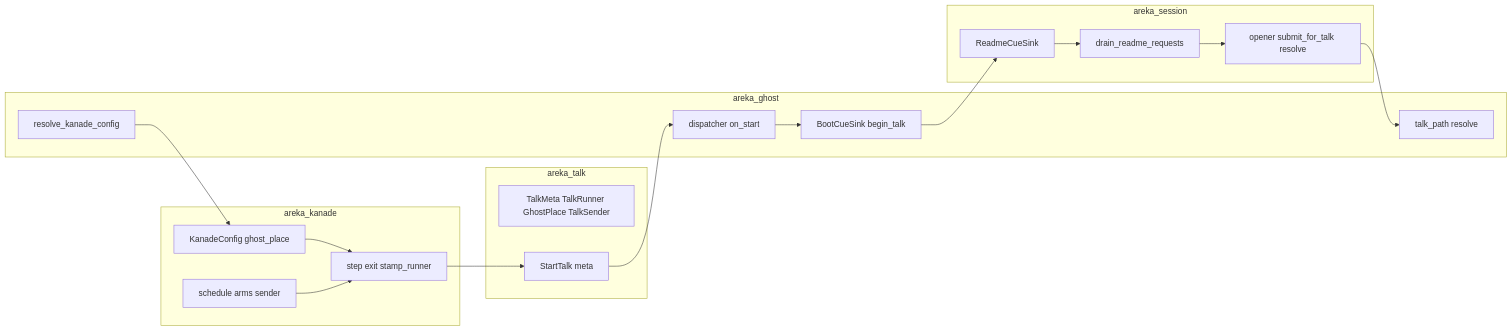
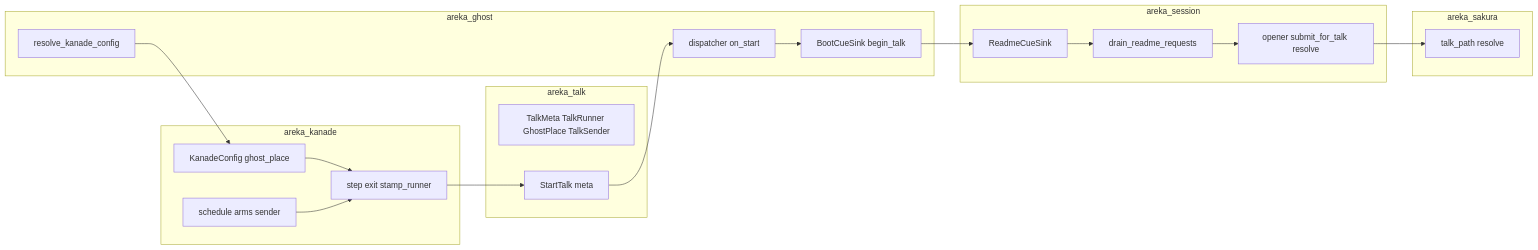
Before and after one commit to ekicyou/areka: the first of 4 diagrams in .kiro/specs/talk-script-metadata/design.md, drawn with Mermaid. The commit also changed other lines of this file and 1 other file, not shown here.

Commit message:
docs(talk-script-metadata): 全設計議題を推奨案で確定

````diff
--- a/.kiro/specs/talk-script-metadata/design.md
+++ b/.kiro/specs/talk-script-metadata/design.md
@@ -73,33 +73,35 @@
 ```mermaid
 graph LR
     subgraph areka_talk
         Meta[TalkMeta TalkRunner GhostPlace TalkSender]
         Start[StartTalk meta]
     end
     subgraph areka_kanade
         Config[KanadeConfig ghost_place]
         Arms[schedule arms sender]
         Exit[step exit stamp_runner]
     end
+    subgraph areka_sakura
+        TalkPath[talk_path resolve]
+    end
     subgraph areka_ghost
         Resolve[resolve_kanade_config]
         Disp[dispatcher on_start]
         Sink[BootCueSink begin_talk]
-        TalkPath[talk_path resolve]
     end
     subgraph areka_session
         ReadmeCue[ReadmeCueSink]
         Drain[drain_readme_requests]
         Opener[opener submit_for_talk resolve]
     end
     Resolve --> Config
     Config --> Exit
     Arms --> Exit
     Exit --> Start
     Start --> Disp
     Disp --> Sink
     Sink --> ReadmeCue
     ReadmeCue --> Drain
     Drain --> Opener
     Opener --> TalkPath
 ```
````
